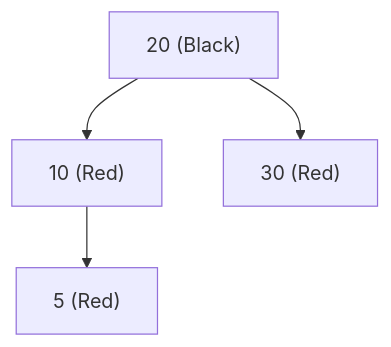
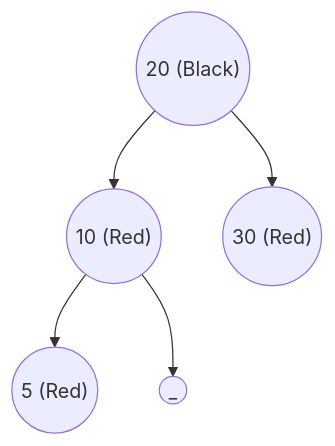
Diagram 12 of 31 in docs/data-structure-and-algorithms/data-structures/tree/search-tree/self-balancing-bst/red-black.md (imdeepmind/imdeepmind.github.io), drawn with Mermaid before and after one commit. The commit also changed other lines of this file, not shown here.

Commit message:
docs(tree): IMDEEPMIND-32: added docs for red black tree

````diff
--- a/docs/data-structure-and-algorithms/data-structures/tree/search-tree/self-balancing-bst/red-black.md
+++ b/docs/data-structure-and-algorithms/data-structures/tree/search-tree/self-balancing-bst/red-black.md
@@ -294,9 +290,10 @@
 ```mermaid
 graph TD
-    G["20 (Black)"]
+    G(("20 (Black)"))
 
-    G --> P["10 (Red)"]
-    G --> U["30 (Red)"]
+    G --> P(("10 (Red)"))
+    G --> U(("30 (Red)"))
 
-    P --> N["5 (Red)"]
+    P --> N(("5 (Red)"))
+    P --> M(("_"))
 ```
````
